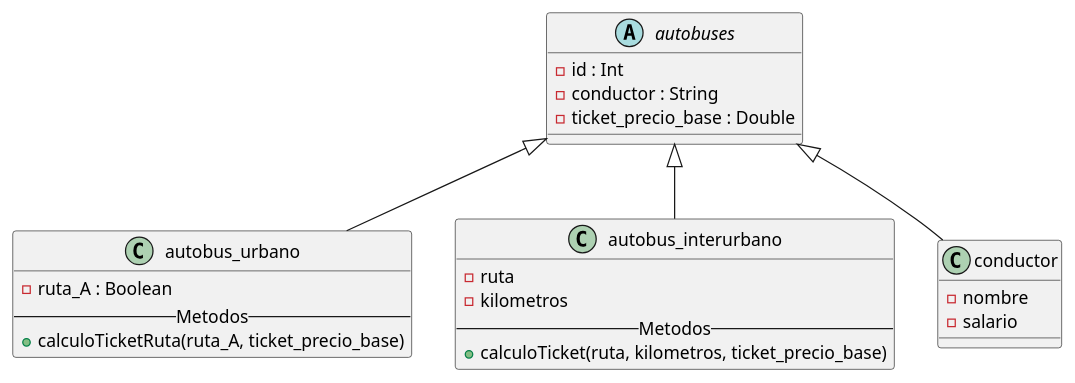
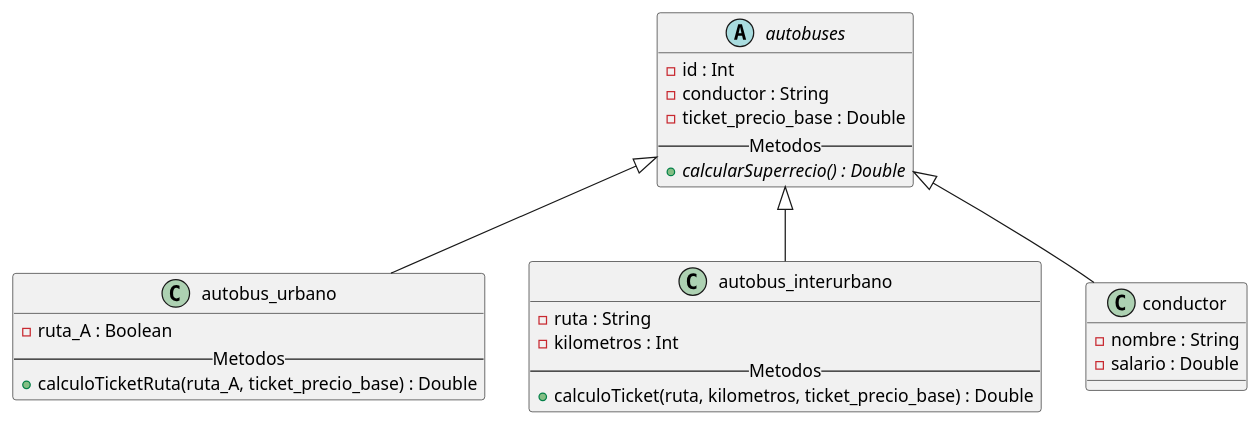
One commit to AngelinhoSardinha/Programacion changed the diagram in .idea/Actividad.puml. Above: the diagram before and after it, drawn with PlantUML.

```diff
--- a/.idea/Actividad.puml
+++ b/.idea/Actividad.puml
@@ -1,31 +1,33 @@
 @startuml
 
 abstract class autobuses {
     - id : Int
     - conductor : String
     - ticket_precio_base : Double
+    --Metodos--
+    + {abstract} calcularSuperrecio() : Double
 }
 
 class autobus_urbano {
     - ruta_A : Boolean
     --Metodos--
-    + calculoTicketRuta(ruta_A, ticket_precio_base)
+    + calculoTicketRuta(ruta_A, ticket_precio_base) : Double
 }
 
 class autobus_interurbano {
-    - ruta
-    - kilometros
+    - ruta : String
+    - kilometros : Int
     --Metodos--
-    + calculoTicket(ruta, kilometros, ticket_precio_base)
+    + calculoTicket(ruta, kilometros, ticket_precio_base) : Double
 }
 
 class conductor {
-    - nombre
-    - salario
+    - nombre : String
+    - salario : Double
 }
 
 autobuses <|-- autobus_interurbano
 autobuses <|-- autobus_urbano
 autobuses <|-- conductor
 
 @enduml
```
